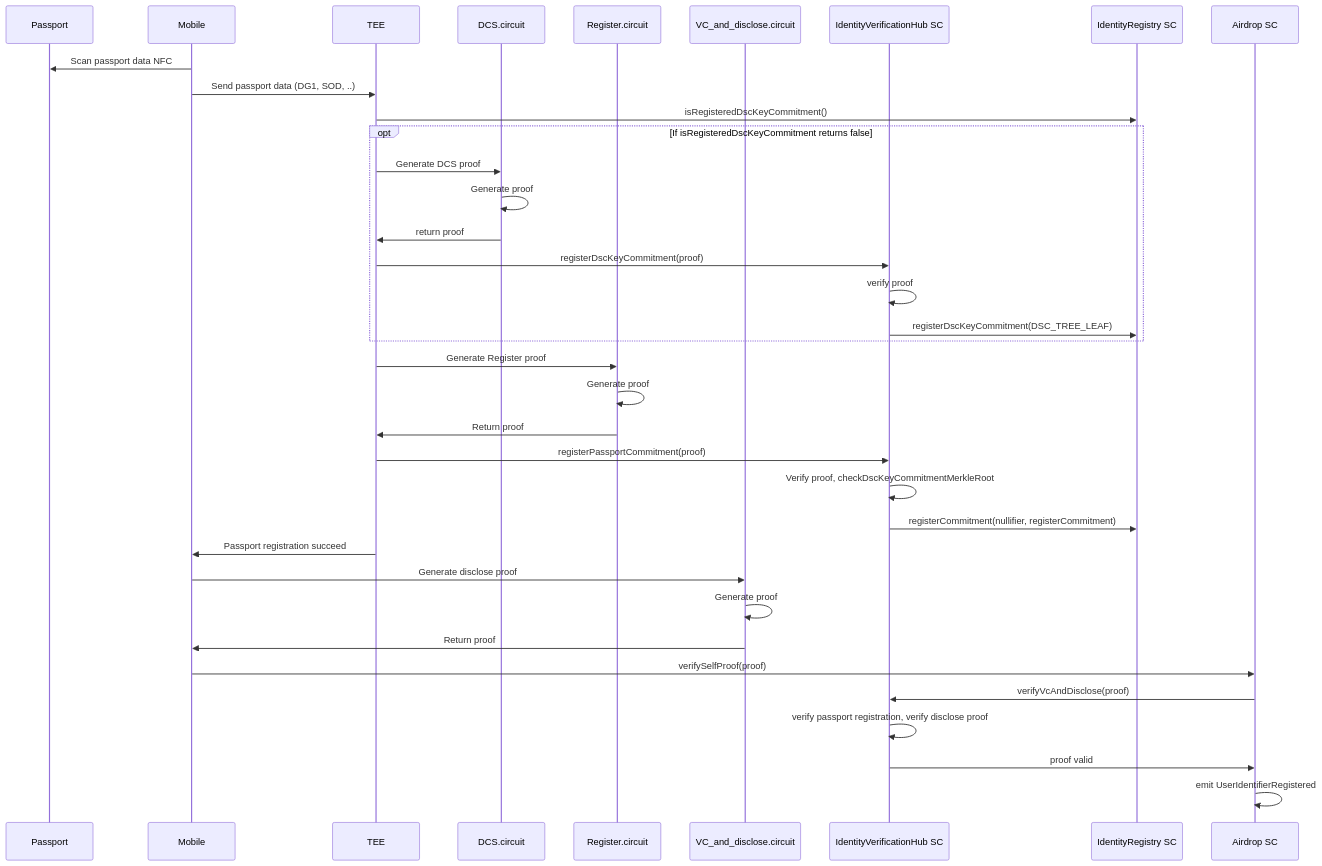
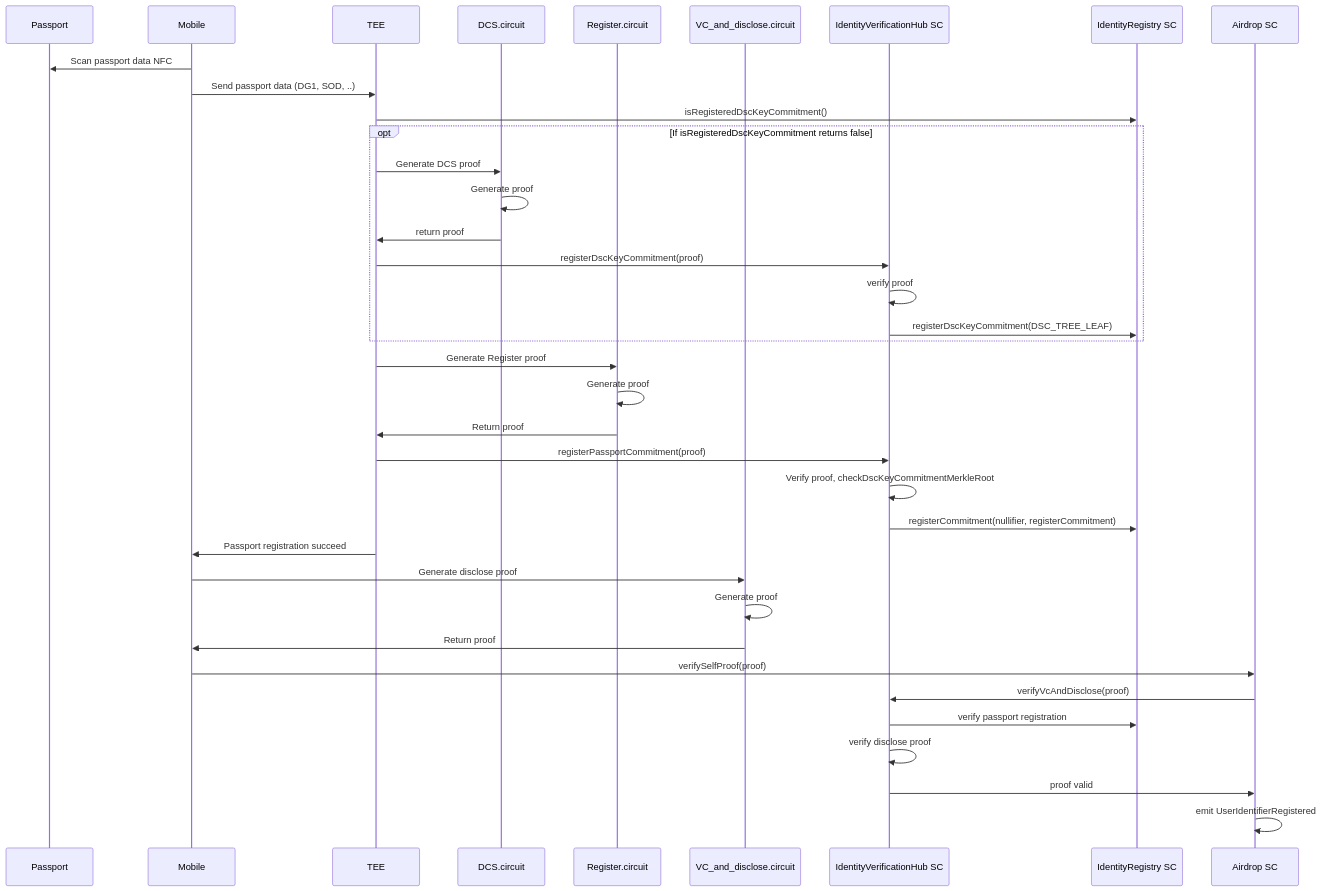
The diagram in self.md (0xPolygonID/passport-circuits), drawn with Mermaid before and after one commit. The commit also changed 1 other file, not shown here.

Commit message:
show registration check

````diff
--- a/self.md
+++ b/self.md
@@ -1,40 +1,41 @@
 ```mermaid
 sequenceDiagram
     participant P as Passport
     participant M as Mobile
     participant TEE as TEE
     participant DCS as DCS.circuit
     participant R as Register.circuit
     participant VC as VC_and_disclose.circuit
     participant HUB as IdentityVerificationHub SC
     participant IR as IdentityRegistry SC
     participant A as Airdrop SC
     M ->> P: Scan passport data NFC
     M ->> TEE: Send passport data (DG1, SOD, ..)
     TEE ->> IR: isRegisteredDscKeyCommitment()
     opt If isRegisteredDscKeyCommitment returns false
         TEE ->> DCS: Generate DCS proof
         DCS ->> DCS: Generate proof
         DCS ->> TEE: return proof
         TEE ->> HUB:registerDscKeyCommitment(proof)
         HUB ->> HUB: verify proof
         HUB ->> IR: registerDscKeyCommitment(DSC_TREE_LEAF)
     end
     TEE ->> R: Generate Register proof
     R ->> R: Generate proof
     R ->> TEE: Return proof
     TEE ->> HUB: registerPassportCommitment(proof)
     HUB ->> HUB: Verify proof, checkDscKeyCommitmentMerkleRoot
     HUB ->> IR: registerCommitment(nullifier, registerCommitment)
     TEE ->> M: Passport registration succeed
     M ->> VC: Generate disclose proof
     VC ->> VC: Generate proof
     VC ->> M: Return proof
     M ->> A: verifySelfProof(proof)
     A ->> HUB: verifyVcAndDisclose(proof)
-    HUB ->> HUB: verify passport registration, verify disclose proof
+    HUB ->> IR: verify passport registration
+    HUB ->> HUB: verify disclose proof
     HUB ->> A: proof valid
     A ->> A: emit UserIdentifierRegistered
    
 
 ```
````
